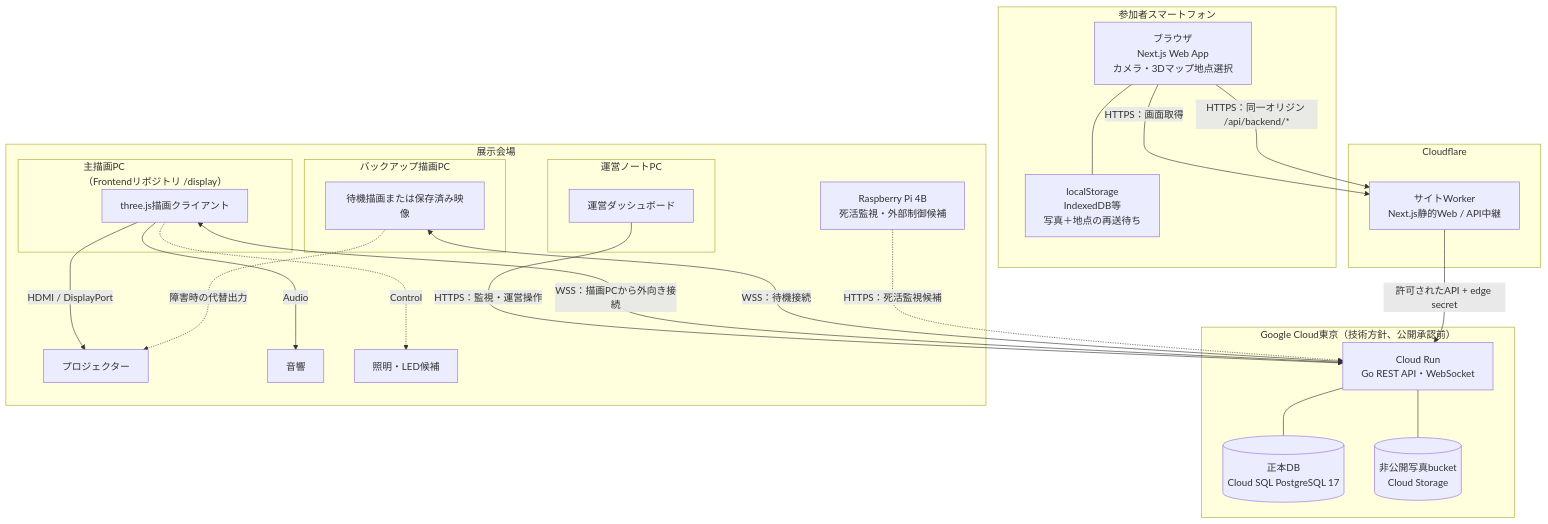
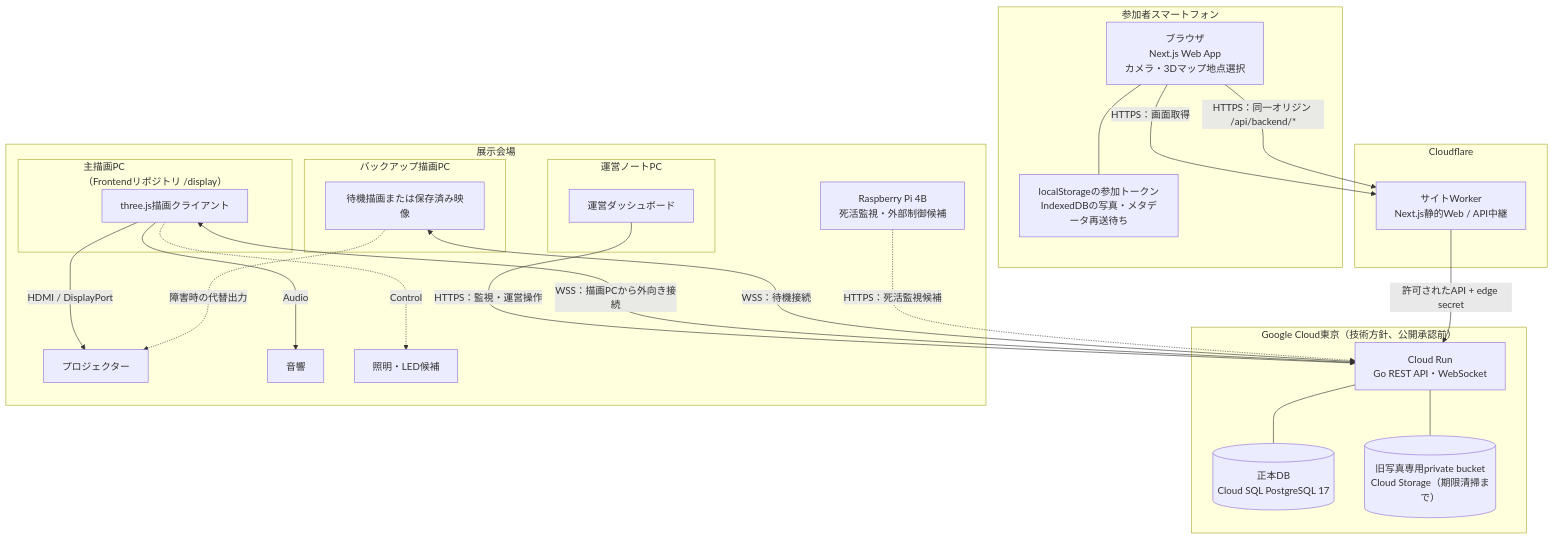
One commit to Mino829/trace-campus-installation changed the second of 6 diagrams in docs/uml-diagrams.md. Above: the diagram before and after it, drawn with Mermaid. The commit also changed other lines of this file and 17 other files, not shown here.

````diff
--- a/docs/uml-diagrams.md
+++ b/docs/uml-diagrams.md
@@ -87,51 +87,51 @@
 ```mermaid
 flowchart TB
     subgraph ParticipantDevice["参加者スマートフォン"]
         MobileBrowser["ブラウザ<br/>Next.js Web App<br/>カメラ・3Dマップ地点選択"]
-        MobileStorage["localStorage<br/>IndexedDB等<br/>写真＋地点の再送待ち"]
+        MobileStorage["localStorageの参加トークン<br/>IndexedDBの写真・メタデータ再送待ち"]
         MobileBrowser --- MobileStorage
     end
 
     subgraph Cloudflare["Cloudflare"]
         NextServer["サイトWorker<br/>Next.js静的Web / API中継"]
     end
 
     subgraph PublicEnvironment["Google Cloud東京（技術方針、公開承認前）"]
         GoBackend["Cloud Run<br/>Go REST API・WebSocket"]
         MainDB[("正本DB<br/>Cloud SQL PostgreSQL 17")]
-        PhotoStore[("非公開写真bucket<br/>Cloud Storage")]
+        PhotoStore[("旧写真専用private bucket<br/>Cloud Storage（期限清掃まで）")]
         NextServer -->|"許可されたAPI + edge secret"| GoBackend
         GoBackend --- MainDB
         GoBackend --- PhotoStore
     end
 
     subgraph Venue["展示会場"]
         subgraph DisplayComputer["主描画PC<br/>（Frontendリポジトリ /display）"]
             Renderer["three.js描画クライアント"]
         end
 
         subgraph StandbyComputer["バックアップ描画PC"]
             StandbyRenderer["待機描画または保存済み映像"]
         end
 
         subgraph OperatorComputer["運営ノートPC"]
             Dashboard["運営ダッシュボード"]
         end
 
         Pi["Raspberry Pi 4B<br/>死活監視・外部制御候補"]
         Projector["プロジェクター"]
         Audio["音響"]
         Lighting["照明・LED候補"]
     end
 
     MobileBrowser -->|"HTTPS：画面取得"| NextServer
     MobileBrowser -->|"HTTPS：同一オリジン /api/backend/*"| NextServer
     Dashboard -->|"HTTPS：監視・運営操作"| GoBackend
     Renderer <-->|"WSS：描画PCから外向き接続"| GoBackend
     StandbyRenderer <-->|"WSS：待機接続"| GoBackend
     Pi -.->|"HTTPS：死活監視候補"| GoBackend
     Renderer -->|"HDMI / DisplayPort"| Projector
     Renderer -->|"Audio"| Audio
     Renderer -.->|"Control"| Lighting
     StandbyRenderer -.->|"障害時の代替出力"| Projector
 ```
````
